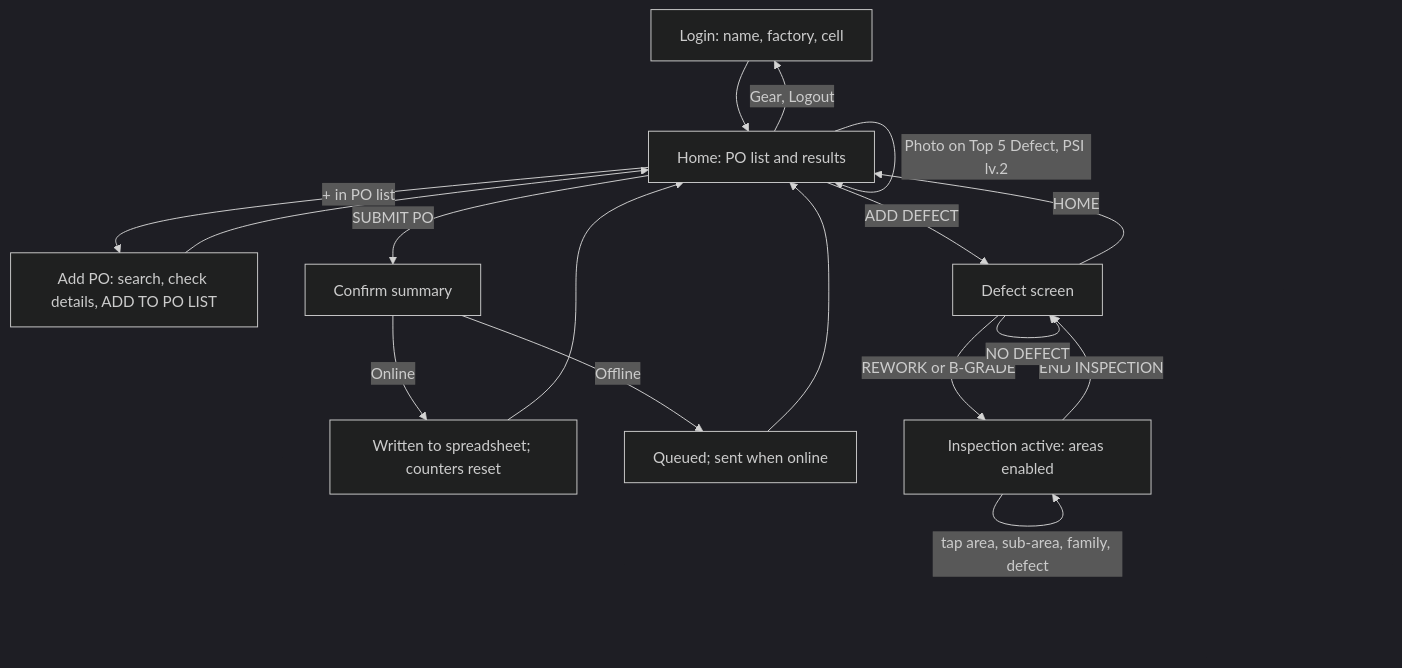
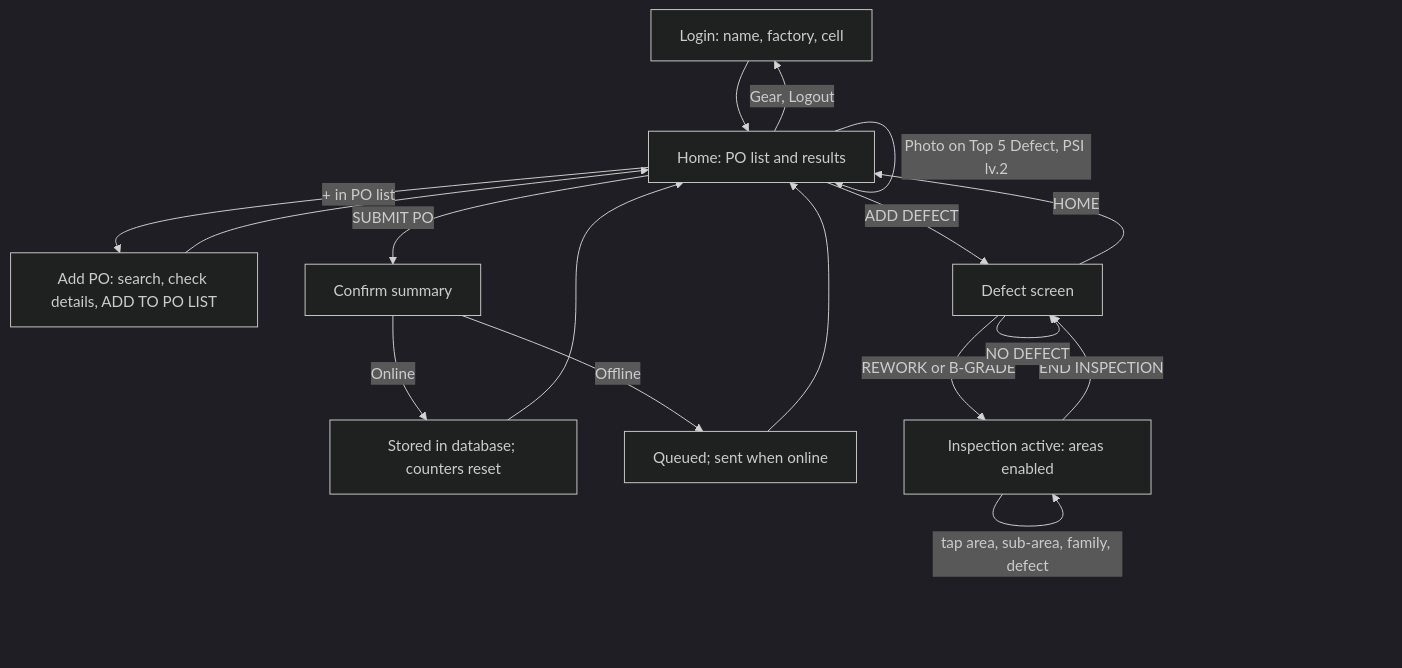
Before and after one commit to WildanPratama02/mobile-100-inspection: the diagram in docs/01-prd.md, drawn with Mermaid (dark theme). The commit also changed other lines of this file and 9 other files, not shown here.

````diff
--- a/docs/01-prd.md
+++ b/docs/01-prd.md
@@ -66,19 +70,19 @@
 ```mermaid
 flowchart TD
   L[Login: name, factory, cell] --> H[Home: PO list and results]
   H -->|+ in PO list| A[Add PO: search, check details, ADD TO PO LIST]
   A --> H
   H -->|ADD DEFECT| D[Defect screen]
   D -->|REWORK or B-GRADE| I[Inspection active: areas enabled]
   I -->|tap area, sub-area, family, defect| I
   I -->|END INSPECTION| D
   D -->|NO DEFECT| D
   D -->|HOME| H
   H -->|Photo on Top 5 Defect, PSI lv.2| H
   H -->|SUBMIT PO| S[Confirm summary]
-  S -->|Online| W[Written to spreadsheet; counters reset]
+  S -->|Online| W[Stored in database; counters reset]
   S -->|Offline| Q[Queued; sent when online]
   W --> H
   Q --> H
   H -->|Gear, Logout| L
 ```
````
